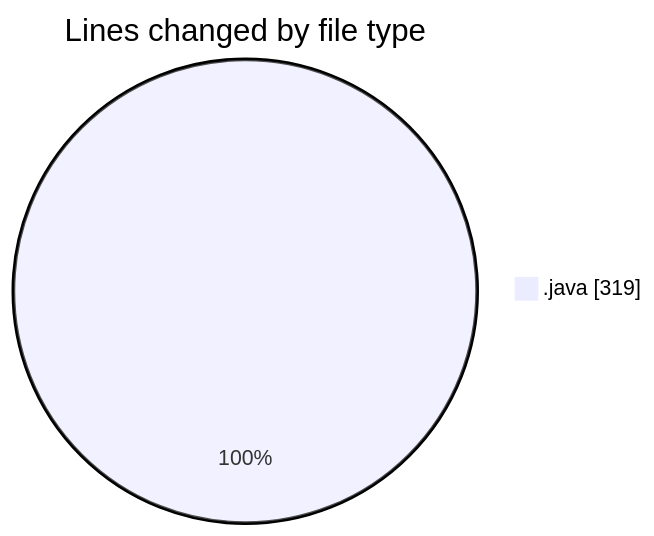
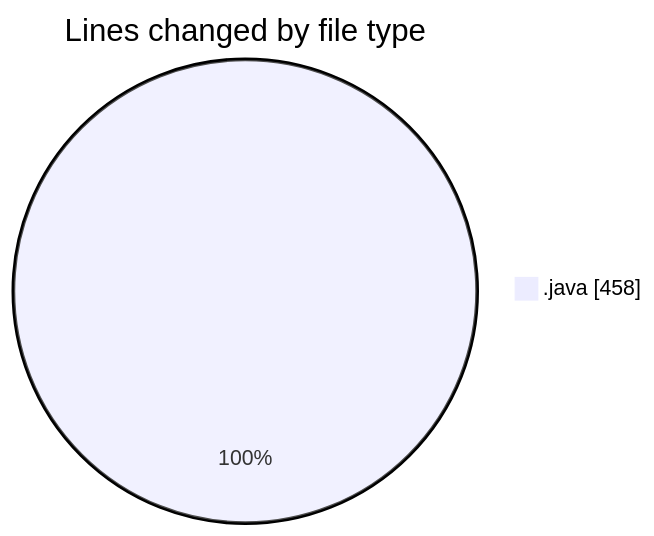
Before and after one commit to hasnaa123/code-tracking: the first of 2 diagrams in 2026-10-25/taskforge/README.md, drawn with Mermaid. The commit also changed other lines of this file and 1 other file, not shown here.

````diff
--- a/2026-10-25/taskforge/README.md
+++ b/2026-10-25/taskforge/README.md
@@ -23,5 +25,5 @@
 ```mermaid
 pie showData
 title Lines changed by file type
-".java" : 319
+".java" : 458
 ```
````
